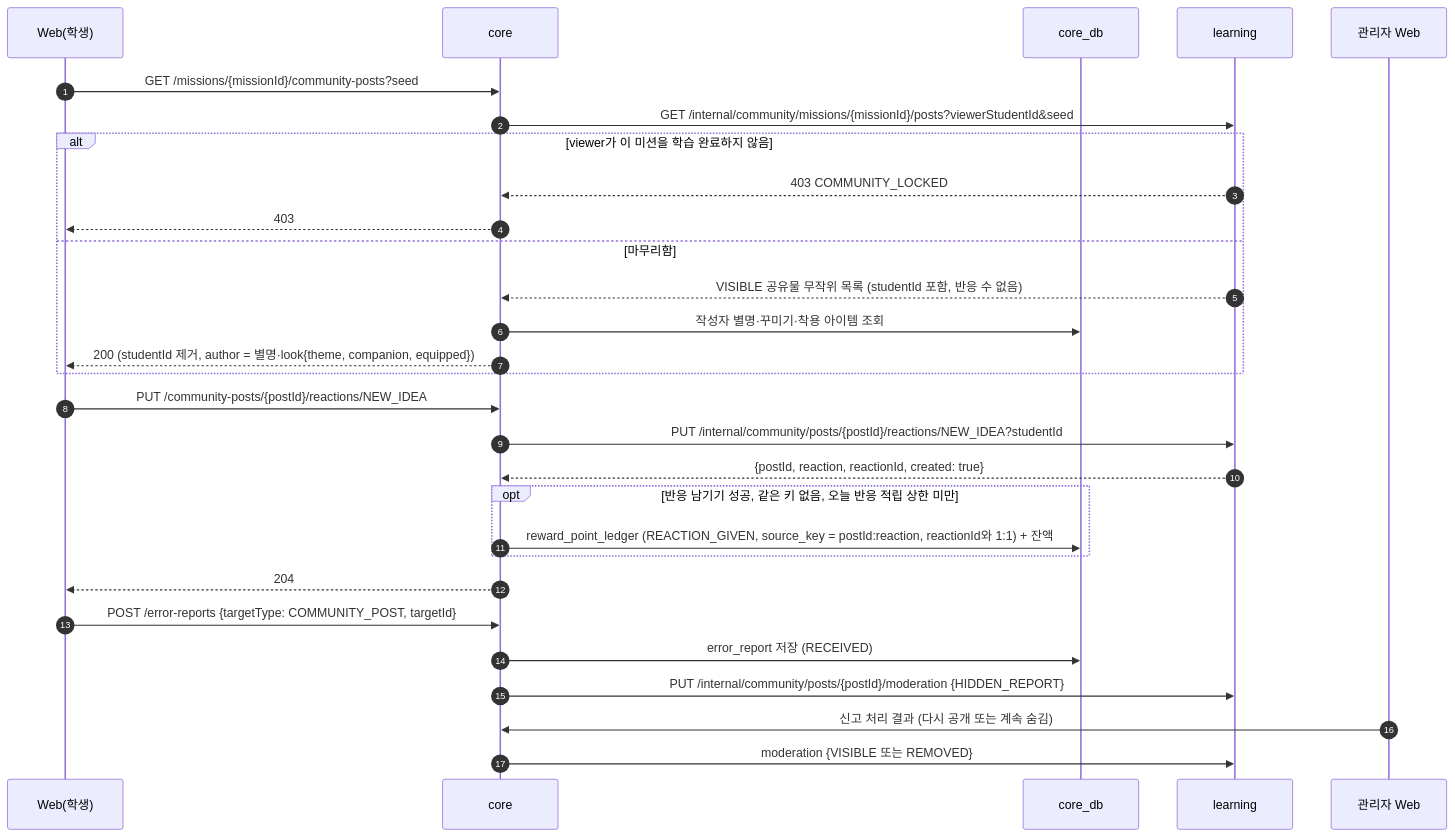
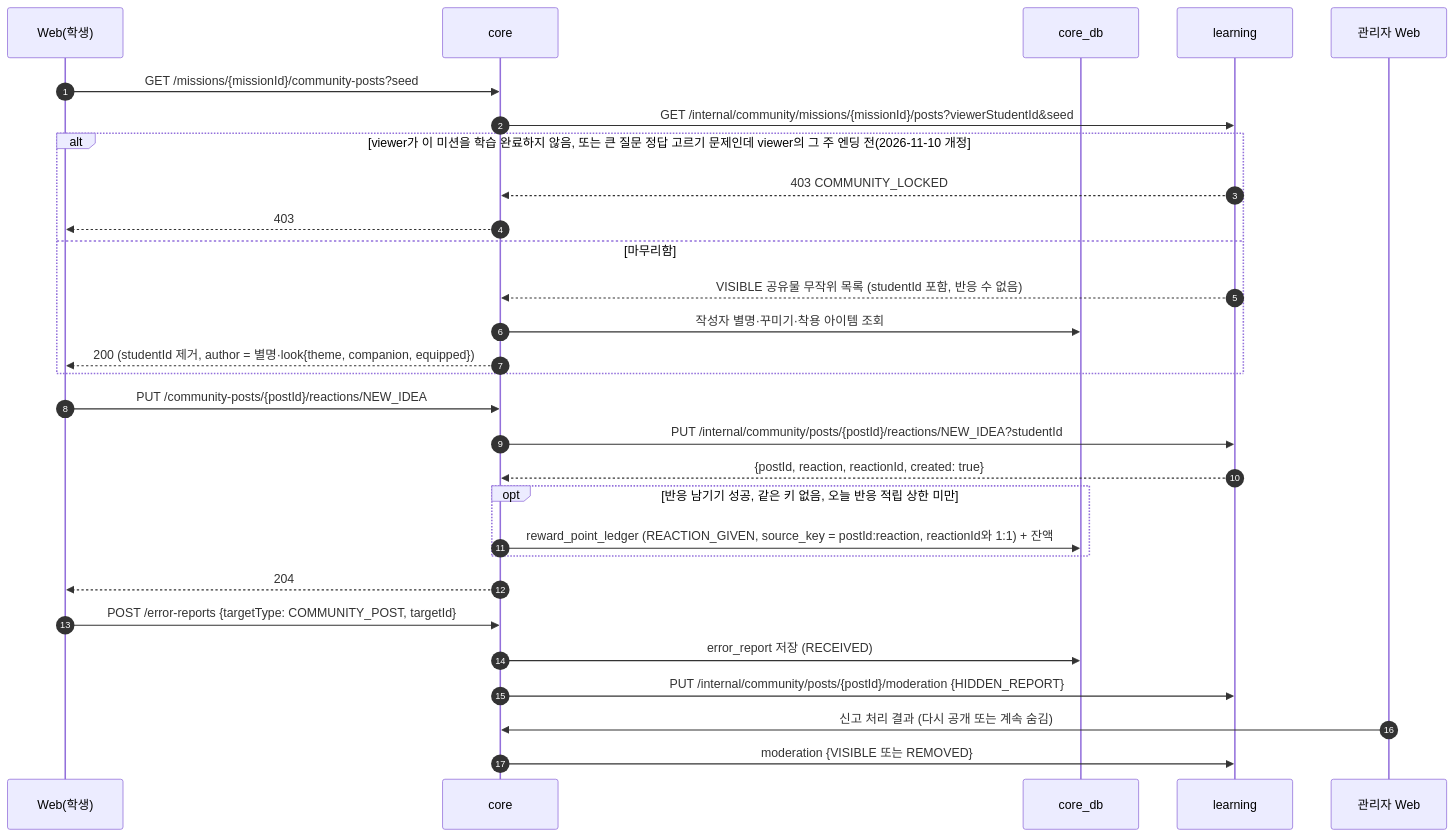
Before and after one commit to SKNETWORKS-FAMILY-AICAMP/SKN34-FINAL-3TEAM: diagram 20 of 36 in docs/design/sequence-diagram.md, drawn with Mermaid. The commit also changed other lines of this file and 6 other files, not shown here.

````diff
--- a/docs/design/sequence-diagram.md
+++ b/docs/design/sequence-diagram.md
@@ -786,32 +793,32 @@
 ```mermaid
 sequenceDiagram
   autonumber
   participant W as Web(학생)
   participant C as core
   participant CDB as core_db
   participant L as learning
   participant A as 관리자 Web
 
   W->>C: GET /missions/{missionId}/community-posts?seed
   C->>L: GET /internal/community/missions/{missionId}/posts?viewerStudentId&seed
-  alt viewer가 이 미션을 학습 완료하지 않음
+  alt viewer가 이 미션을 학습 완료하지 않음, 또는 큰 질문 정답 고르기 문제인데 viewer의 그 주 엔딩 전(2026-11-10 개정 #483, learning #484)
     L-->>C: 403 COMMUNITY_LOCKED
     C-->>W: 403
   else 마무리함
     L-->>C: VISIBLE 공유물 무작위 목록 (studentId 포함, 반응 수 없음)
     C->>CDB: 작성자 별명·꾸미기·착용 아이템 조회
     C-->>W: 200 (studentId 제거, author = 별명·look{theme, companion, equipped})
   end
   W->>C: PUT /community-posts/{postId}/reactions/NEW_IDEA
   C->>L: PUT /internal/community/posts/{postId}/reactions/NEW_IDEA?studentId
   L-->>C: {postId, reaction, reactionId, created: true}
   opt 반응 남기기 성공, 같은 키 없음, 오늘 반응 적립 상한 미만
     C->>CDB: reward_point_ledger (REACTION_GIVEN, source_key = postId:reaction, reactionId와 1:1) + 잔액
   end
   C-->>W: 204
   W->>C: POST /error-reports {targetType: COMMUNITY_POST, targetId}
   C->>CDB: error_report 저장 (RECEIVED)
   C->>L: PUT /internal/community/posts/{postId}/moderation {HIDDEN_REPORT}
   A->>C: 신고 처리 결과 (다시 공개 또는 계속 숨김)
   C->>L: moderation {VISIBLE 또는 REMOVED}
 ```
````
